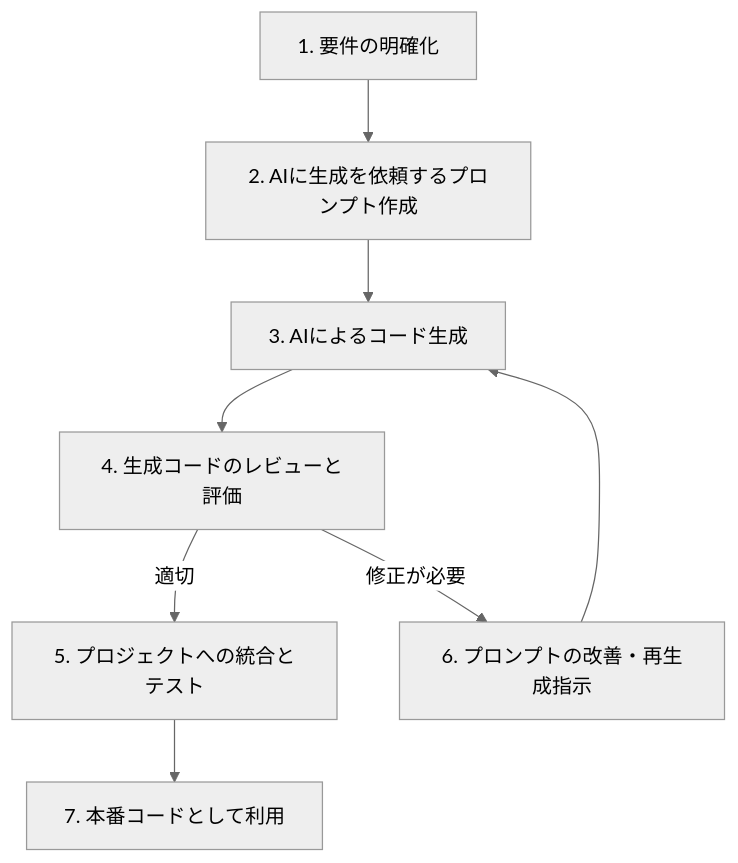
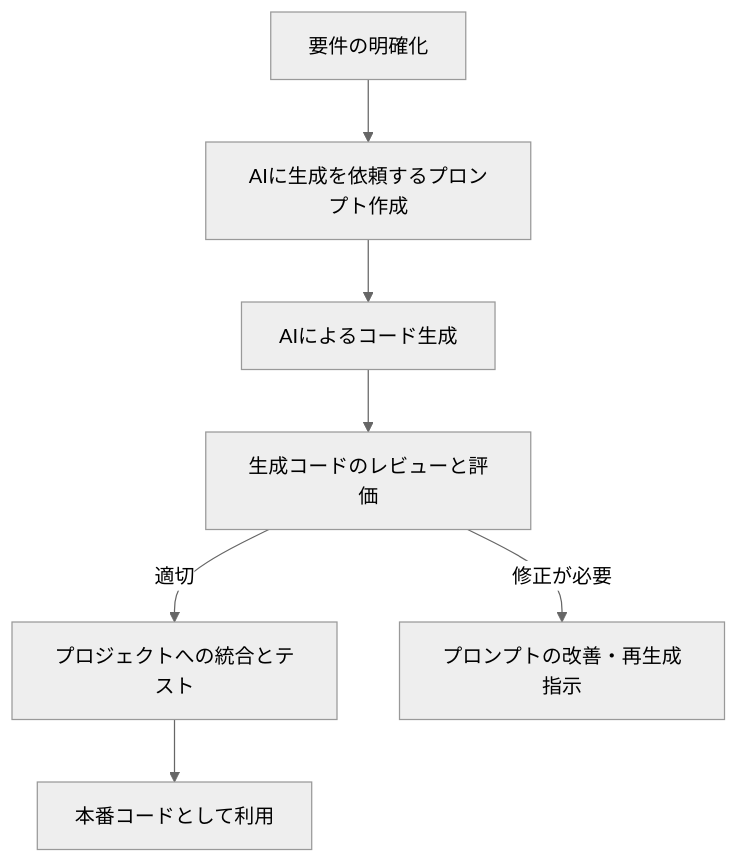
The first of 2 diagrams in book/pages/ソースコードの自動生成.md (cyber-freaks-jp/AI_Driven_Development_Course), drawn with Mermaid (neutral theme) before and after one commit. The commit also changed other lines of this file and 1 other file, not shown here.

````diff
--- a/book/pages/ソースコードの自動生成.md
+++ b/book/pages/ソースコードの自動生成.md
@@ -221,10 +221,9 @@
 ```mermaid
 flowchart TD
-A[1. 要件の明確化] --> B[2. AIに生成を依頼するプロンプト作成]
-B --> C[3. AIによるコード生成]
-C --> D[4. 生成コードのレビューと評価]
-D -- 適切 --> E[5. プロジェクトへの統合とテスト]
-D -- 修正が必要 --> F[6. プロンプトの改善・再生成指示]
-F --> C
-E --> G[7. 本番コードとして利用]
+    A[要件の明確化] --> B[AIに生成を依頼するプロンプト作成]
+    B --> C[AIによるコード生成]
+    C --> D[生成コードのレビューと評価]
+    D -- 適切 --> E[プロジェクトへの統合とテスト]
+    D -- 修正が必要 --> F[プロンプトの改善・再生成指示]
+    E --> G[本番コードとして利用]
 ```
````
